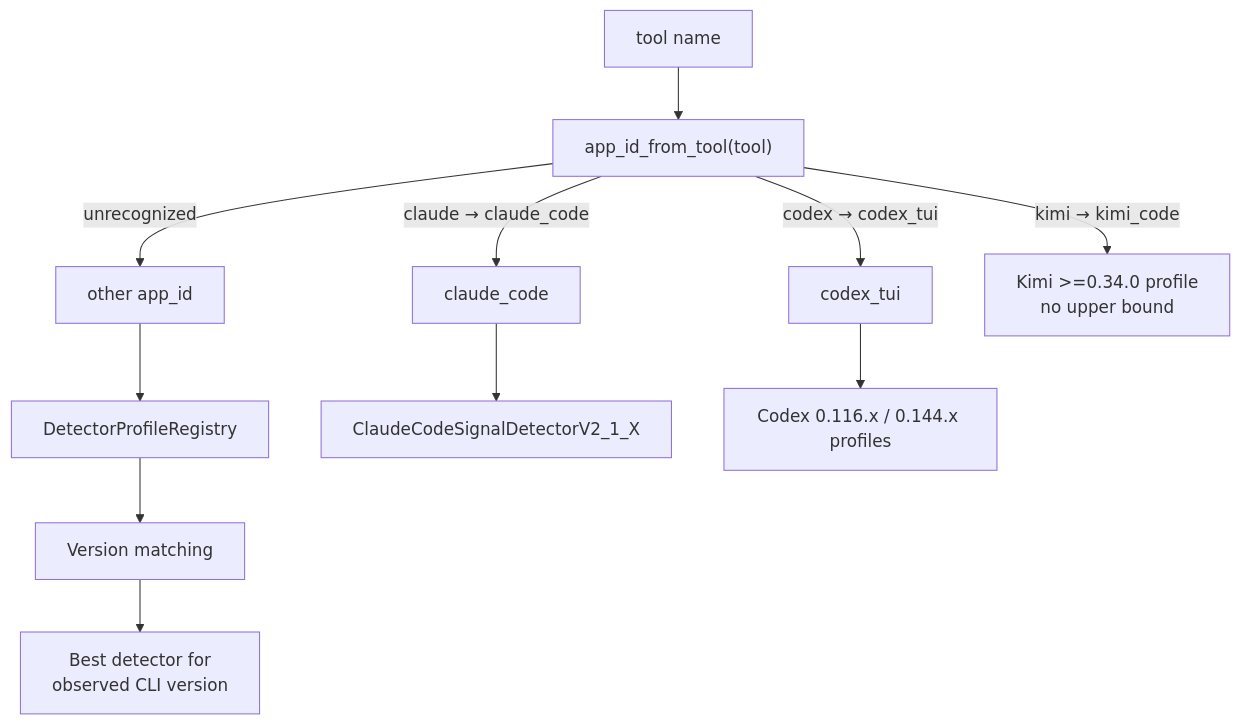
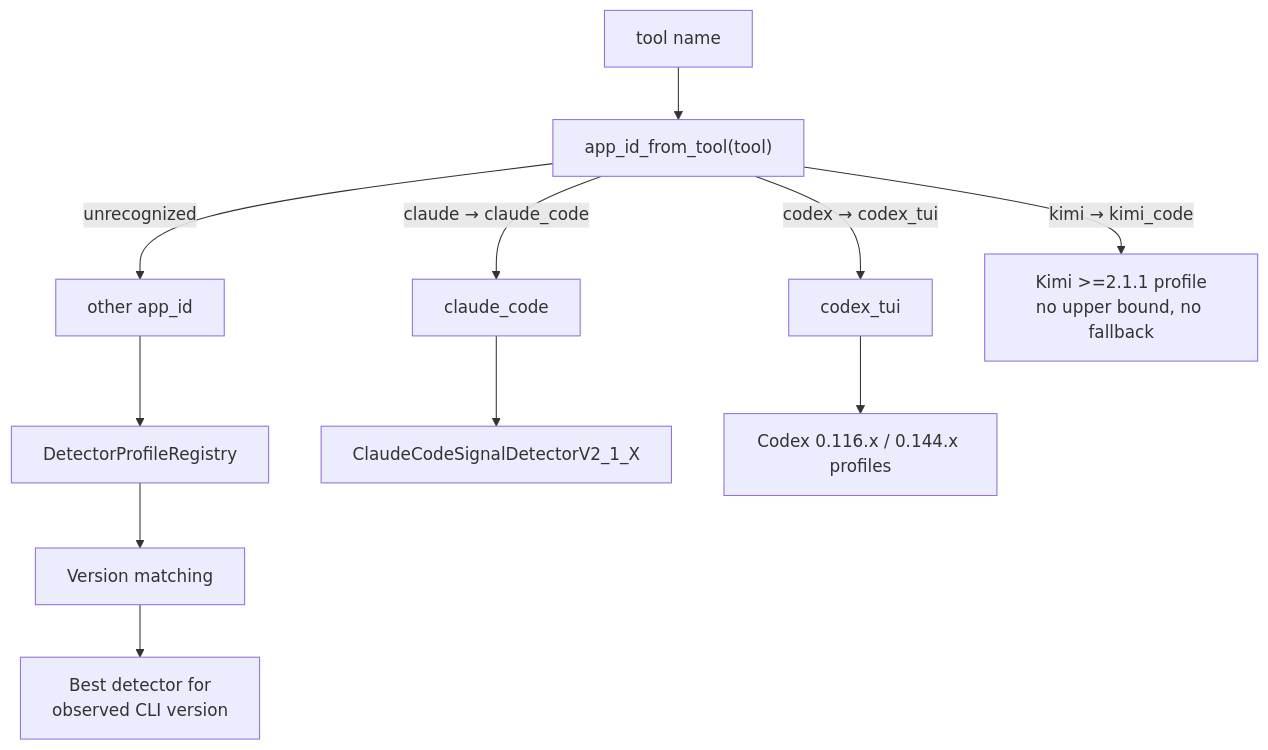
One commit to igamenovoer/houmao changed the diagram in docs/reference/tui-tracking/detectors.md. Above: the diagram before and after it, drawn with Mermaid. The commit also changed other lines of this file and 75 other files, not shown here.

````diff
--- a/docs/reference/tui-tracking/detectors.md
+++ b/docs/reference/tui-tracking/detectors.md
@@ -7,20 +7,20 @@
 ```mermaid
 flowchart TD
     TOOL["tool name"]
     AID["app_id_from_tool(tool)"]
     CC["claude_code"]
     CX["codex_tui"]
     OT["other app_id"]
     DPR["DetectorProfileRegistry"]
     VM["Version matching"]
     CCD["ClaudeCodeSignalDetectorV2_1_X"]
     CXD["Codex 0.116.x / 0.144.x profiles"]
-    KMD["Kimi >=0.34.0 profile<br/>no upper bound"]
+    KMD["Kimi >=2.1.1 profile<br/>no upper bound, no fallback"]
     BEST["Best detector for<br/>observed CLI version"]
 
     TOOL --> AID
     AID -->|"claude → claude_code"| CC --> CCD
     AID -->|"codex → codex_tui"| CX --> CXD
     AID -->|"kimi → kimi_code"| KMD
     AID -->|"unrecognized"| OT --> DPR --> VM --> BEST
 ```
````
